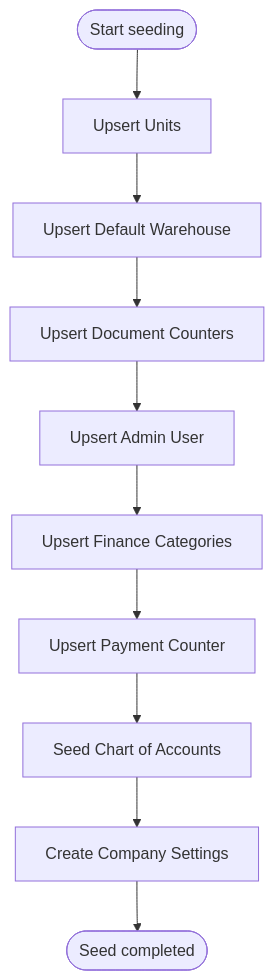
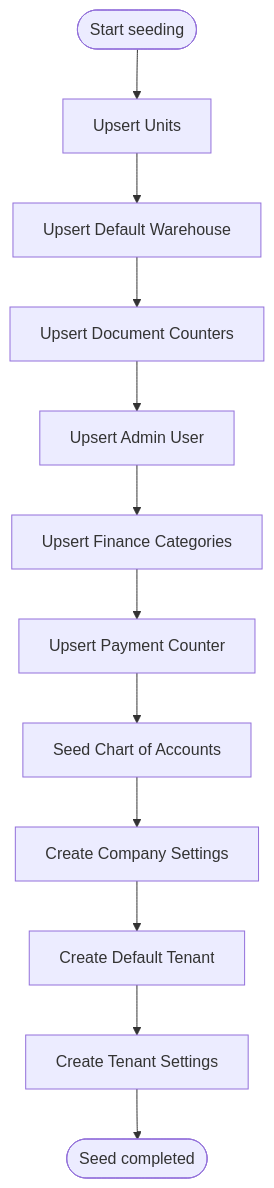
One commit to nzey11/erp-new changed the fifth of 6 diagrams in .qoder/repowiki/en/content/Database Design/Database Design.md. Above: the diagram before and after it, drawn with Mermaid. The commit also changed other lines of this file and 6 other files, not shown here.

Commit message:
fix(tests): create tenant membership for users in auth tests

````diff
--- a/.qoder/repowiki/en/content/Database Design/Database Design.md
+++ b/.qoder/repowiki/en/content/Database Design/Database Design.md
@@ -835,12 +1052,14 @@
 ```mermaid
 flowchart TD
 Start(["Start seeding"]) --> Units["Upsert Units"]
 Units --> Warehouse["Upsert Default Warehouse"]
 Warehouse --> DocCounters["Upsert Document Counters"]
 DocCounters --> AdminUser["Upsert Admin User"]
 AdminUser --> FinanceCats["Upsert Finance Categories"]
 FinanceCats --> PayCounter["Upsert Payment Counter"]
 PayCounter --> Coa["Seed Chart of Accounts"]
 Coa --> CompSettings["Create Company Settings"]
-CompSettings --> End(["Seed completed"])
+CompSettings --> Tenant["Create Default Tenant"]
+Tenant --> TenantSettings["Create Tenant Settings"]
+TenantSettings --> End(["Seed completed"])
 ```
````
